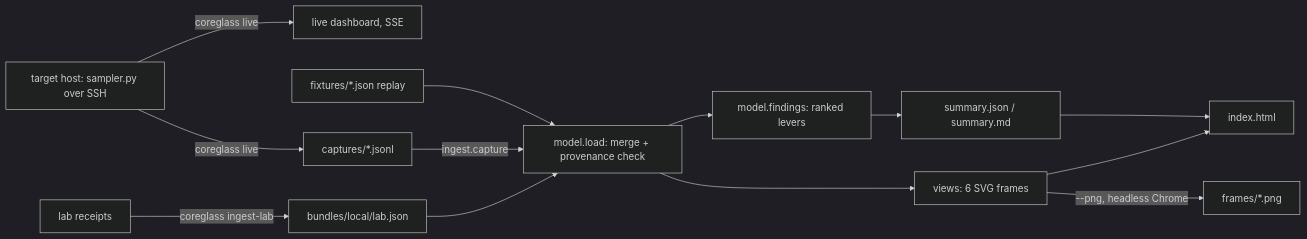
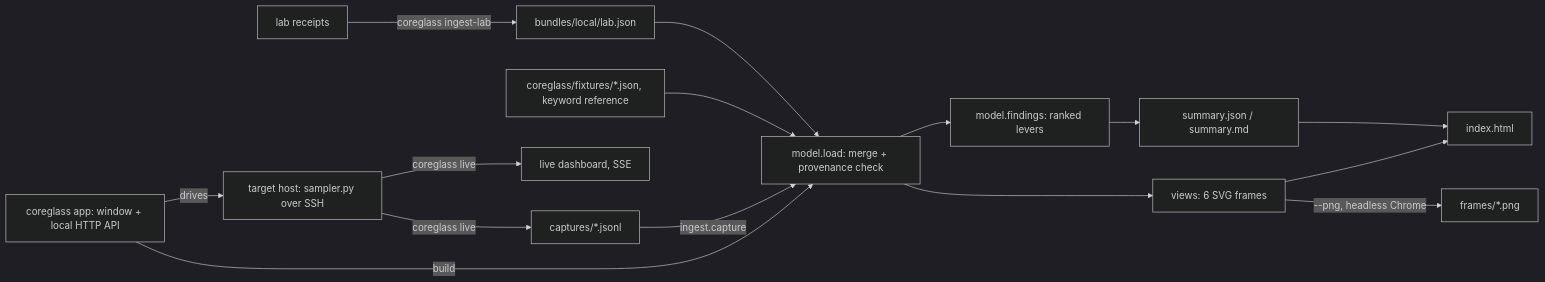
The diagram in docs/DESIGN.md (joshuaswarren/coreglass), drawn with Mermaid (dark theme) before and after one commit. The commit also changed other lines of this file and 20 other files, not shown here.

First line of the commit message:
Coreglass desktop app: keyboard-driven window, synthwave and Omarchy themes

````diff
--- a/docs/DESIGN.md
+++ b/docs/DESIGN.md
@@ -33,15 +33,17 @@
 ```mermaid
 flowchart LR
   N[lab receipts] -->|coreglass ingest-lab| L[bundles/local/lab.json]
-  F[fixtures/*.json replay] --> M
+  F[coreglass/fixtures/*.json, keyword reference] --> M
+  G[coreglass app: window + local HTTP API] -->|drives| T
+  G -->|build| M
   T[target host: sampler.py over SSH] -->|coreglass live| D[live dashboard, SSE]
   T -->|coreglass live| C[captures/*.jsonl]
   C -->|ingest.capture| M
   L --> M[model.load: merge + provenance check]
   M --> A[model.findings: ranked levers]
   M --> V[views: 6 SVG frames]
   A --> S[summary.json / summary.md]
   V --> H[index.html]
   S --> H
   V -->|--png, headless Chrome| P[frames/*.png]
 ```
````
